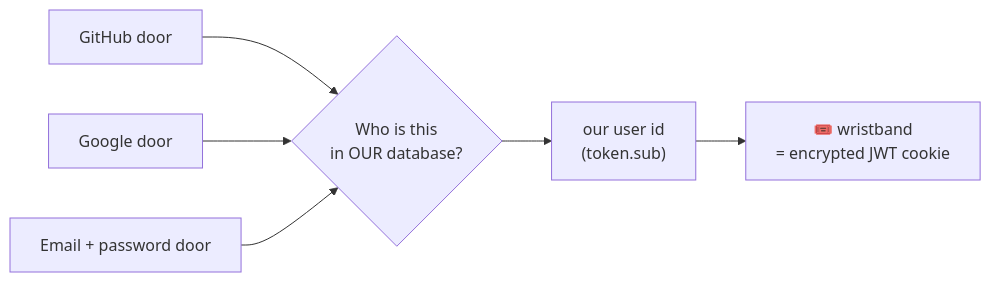
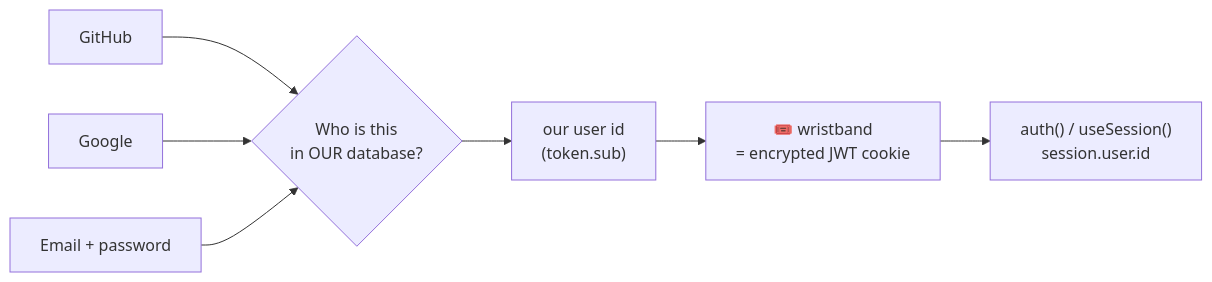
One commit to firihy/dev-over-flow changed the first of 9 diagrams in docs/AUTH.md. Above: the diagram before and after it, drawn with Mermaid. The commit also changed other lines of this file, not shown here.

First line of the commit message:
docs: restructure the auth doc around journeys

````diff
--- a/docs/AUTH.md
+++ b/docs/AUTH.md
@@ -56,8 +24,9 @@
 ```mermaid
 flowchart LR
-  G[GitHub door] --> Q{"Who is this<br/>in OUR database?"}
-  O[Google door] --> Q
-  E[Email + password door] --> Q
+  G[GitHub] --> Q{"Who is this<br/>in OUR database?"}
+  O[Google] --> Q
+  E[Email + password] --> Q
   Q --> ID["our user id<br/>(token.sub)"]
   ID --> W["🎟️ wristband<br/>= encrypted JWT cookie"]
+  W --> APP["auth() / useSession()<br/>session.user.id"]
 ```
````
